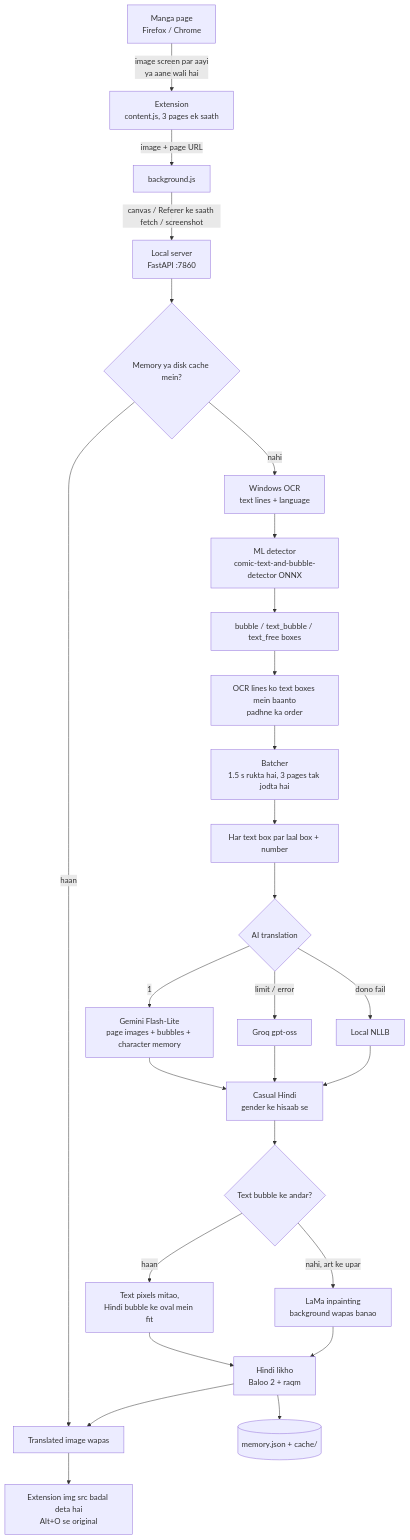
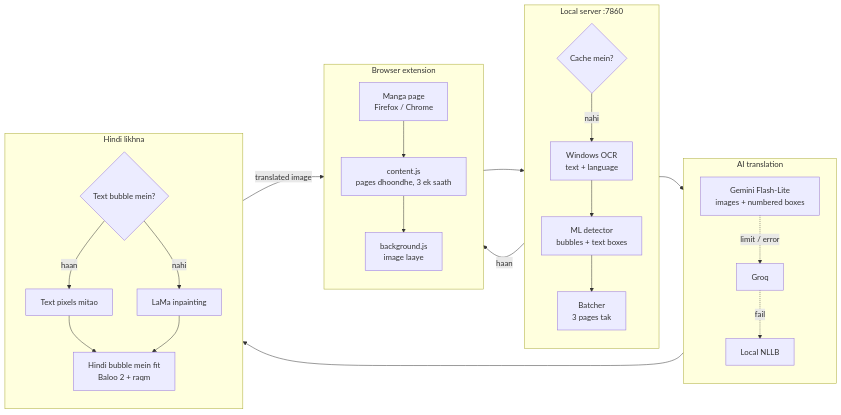
The diagram in README.hinglish.md (jitendra205saini/Manga-Translator), drawn with Mermaid before and after one commit. The commit also changed other lines of this file and 1 other file, not shown here.

Commit message:
README: compact flowchart

````diff
--- a/README.hinglish.md
+++ b/README.hinglish.md
@@ -65,33 +65,35 @@
 ```mermaid
-flowchart TD
-    A[Manga page<br/>Firefox / Chrome] -->|image screen par aayi<br/>ya aane wali hai| B[Extension<br/>content.js, 3 pages ek saath]
-    B -->|image + page URL| C[background.js]
-    C -->|canvas / Referer ke saath fetch / screenshot| D[Local server<br/>FastAPI :7860]
+flowchart LR
+    subgraph B[Browser extension]
+        direction TB
+        B1[Manga page<br/>Firefox / Chrome] --> B2[content.js<br/>pages dhoondhe, 3 ek saath]
+        B2 --> B3[background.js<br/>image laaye]
+    end
 
-    D --> E{Memory ya disk cache mein?}
-    E -->|haan| R[Translated image wapas]
-    E -->|nahi| F[Windows OCR<br/>text lines + language]
+    subgraph S[Local server :7860]
+        direction TB
+        S1{Cache mein?} -->|nahi| S2[Windows OCR<br/>text + language]
+        S2 --> S3[ML detector<br/>bubbles + text boxes]
+        S3 --> S4[Batcher<br/>3 pages tak]
+    end
 
-    F --> G[ML detector<br/>comic-text-and-bubble-detector ONNX]
-    G --> G1[bubble / text_bubble / text_free boxes]
-    G1 --> H[OCR lines ko text boxes mein baanto<br/>padhne ka order]
+    subgraph A[AI translation]
+        direction TB
+        A1[Gemini Flash-Lite<br/>images + numbered boxes] -.->|limit / error| A2[Groq]
+        A2 -.->|fail| A3[Local NLLB]
+    end
 
-    H --> I[Batcher<br/>1.5 s rukta hai, 3 pages tak jodta hai]
-    I --> L[Har text box par laal box + number]
-    L --> M{AI translation}
-    M -->|1| M1[Gemini Flash-Lite<br/>page images + bubbles + character memory]
-    M -->|limit / error| M2[Groq gpt-oss]
-    M -->|dono fail| M3[Local NLLB]
-    M1 --> N
-    M2 --> N
-    M3 --> N
+    subgraph R[Hindi likhna]
+        direction TB
+        R1{Text bubble mein?} -->|haan| R2[Text pixels mitao]
+        R1 -->|nahi| R3[LaMa inpainting]
+        R2 --> R4[Hindi bubble mein fit<br/>Baloo 2 + raqm]
+        R3 --> R4
+    end
 
-    N[Casual Hindi<br/>gender ke hisaab se] --> O{Text bubble ke andar?}
-    O -->|haan| O1[Text pixels mitao,<br/>Hindi bubble ke oval mein fit]
-    O -->|nahi, art ke upar| O2[LaMa inpainting<br/>background wapas banao]
-    O1 --> P[Hindi likho<br/>Baloo 2 + raqm]
-    O2 --> P
-    P --> Q[(memory.json + cache/)]
-    P --> R
-    R --> S[Extension img src badal deta hai<br/>Alt+O se original]
+    B3 --> S1
+    S4 --> A1
+    A1 --> R1
+    R4 -->|translated image| B1
+    S1 -->|haan| B1
 ```
````
